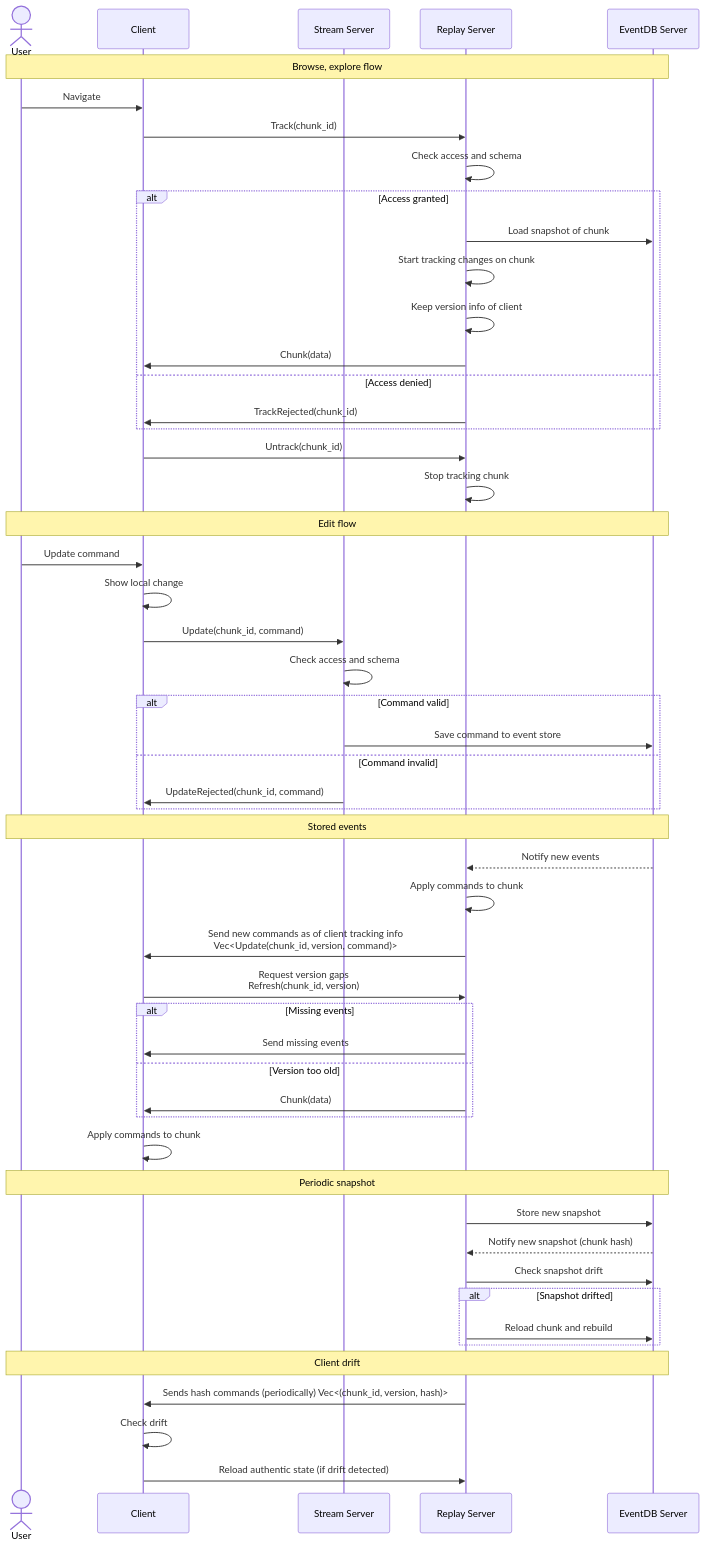
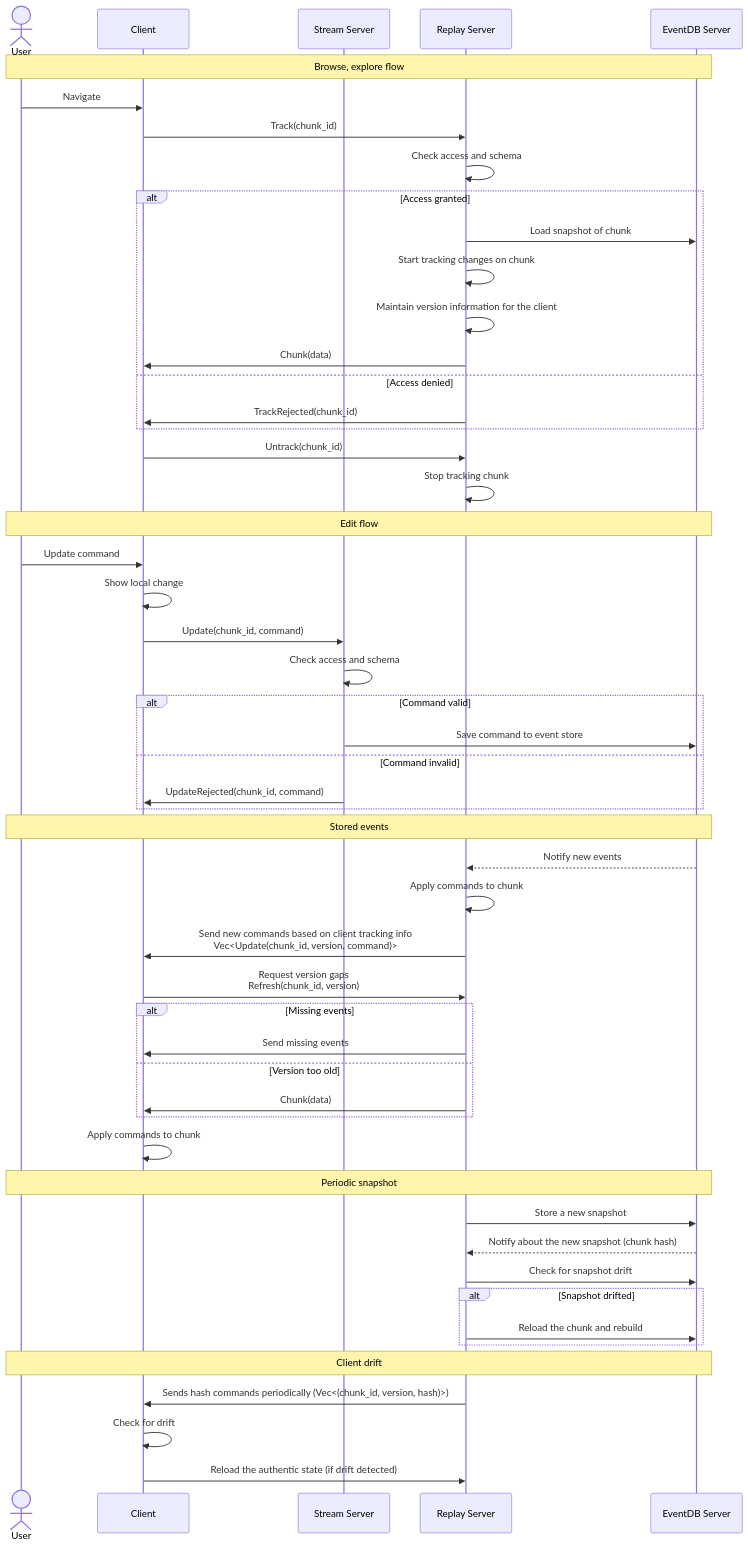
The diagram in docs/cooperative-edit.md (gzp79/shine-services), drawn with Mermaid before and after one commit. The commit also changed other lines of this file and 35 other files, not shown here.

````diff
--- a/docs/cooperative-edit.md
+++ b/docs/cooperative-edit.md
@@ -81,61 +87,60 @@
 ```mermaid
 sequenceDiagram
     Actor User
     participant Client
     participant StreamServer as Stream Server
     participant ReplayServer as Replay Server
     participant EventDB as EventDB Server
 
     Note over User,EventDB: Browse, explore flow
     User->>Client: Navigate 
     Client->>ReplayServer: Track(chunk_id)
     ReplayServer->>ReplayServer: Check access and schema
     alt Access granted
         ReplayServer->>EventDB: Load snapshot of chunk
         ReplayServer->>ReplayServer: Start tracking changes on chunk
-        ReplayServer->>ReplayServer: Keep version info of client
+        ReplayServer->>ReplayServer: Maintain version information for the client
         ReplayServer->>Client: Chunk(data)
     else Access denied
         ReplayServer->>Client: TrackRejected(chunk_id)
     end
     Client->>ReplayServer: Untrack(chunk_id)
     ReplayServer->>ReplayServer: Stop tracking chunk
 
     Note over User,EventDB: Edit flow
     User->>Client: Update command 
     Client->>Client: Show local change
     Client->>StreamServer: Update(chunk_id, command)
     StreamServer->>StreamServer: Check access and schema
     alt Command valid
         StreamServer->>EventDB: Save command to event store
     else Command invalid
         StreamServer->>Client: UpdateRejected(chunk_id, command)
     end
 
     Note over User,EventDB: Stored events
     EventDB-->>ReplayServer: Notify new events
     ReplayServer->>ReplayServer: Apply commands to chunk    
 
-    ReplayServer->>Client: Send new commands as of client tracking info<br>Vec<Update(chunk_id, version, command)>
+    ReplayServer->>Client: Send new commands based on client tracking info<br>Vec<Update(chunk_id, version, command)>
     Client->>ReplayServer: Request version gaps<br>Refresh(chunk_id, version)
     alt Missing events
         ReplayServer->>Client: Send missing events
     else Version too old
         ReplayServer->>Client: Chunk(data)
     end
     Client->>Client: Apply commands to chunk
 
     Note over User,EventDB: Periodic snapshot
-    ReplayServer->>EventDB: Store new snapshot
-    EventDB-->>ReplayServer: Notify new snapshot (chunk hash)
-    ReplayServer->>EventDB: Check snapshot drift
+    ReplayServer->>EventDB: Store a new snapshot
+    EventDB-->>ReplayServer: Notify about the new snapshot (chunk hash)
+    ReplayServer->>EventDB: Check for snapshot drift
     alt Snapshot drifted
-        ReplayServer->>EventDB: Reload chunk and rebuild
+        ReplayServer->>EventDB: Reload the chunk and rebuild
     end
 
     Note over User,EventDB: Client drift
-    ReplayServer->>Client: Sends hash commands (periodically) Vec<(chunk_id, version, hash)>
-    Client->>Client: Check drift
-    Client->>ReplayServer: Reload authentic state (if drift detected)
-
+    ReplayServer->>Client: Sends hash commands periodically (Vec<(chunk_id, version, hash)>)
+    Client->>Client: Check for drift
+    Client->>ReplayServer: Reload the authentic state (if drift detected)
 ```
````
